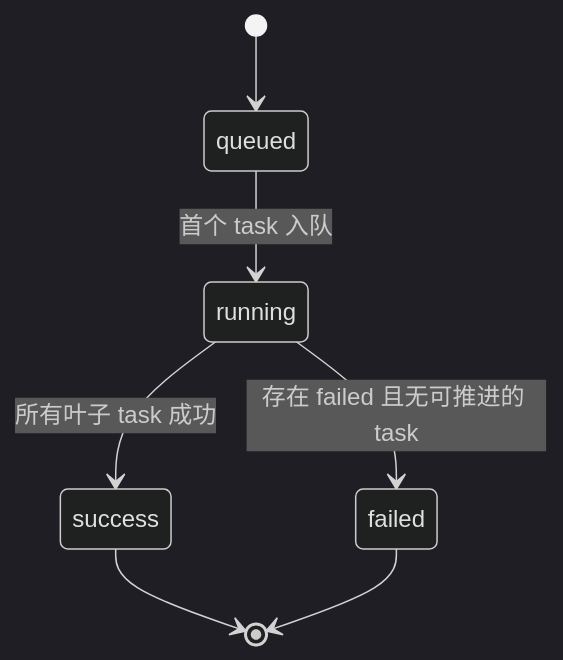
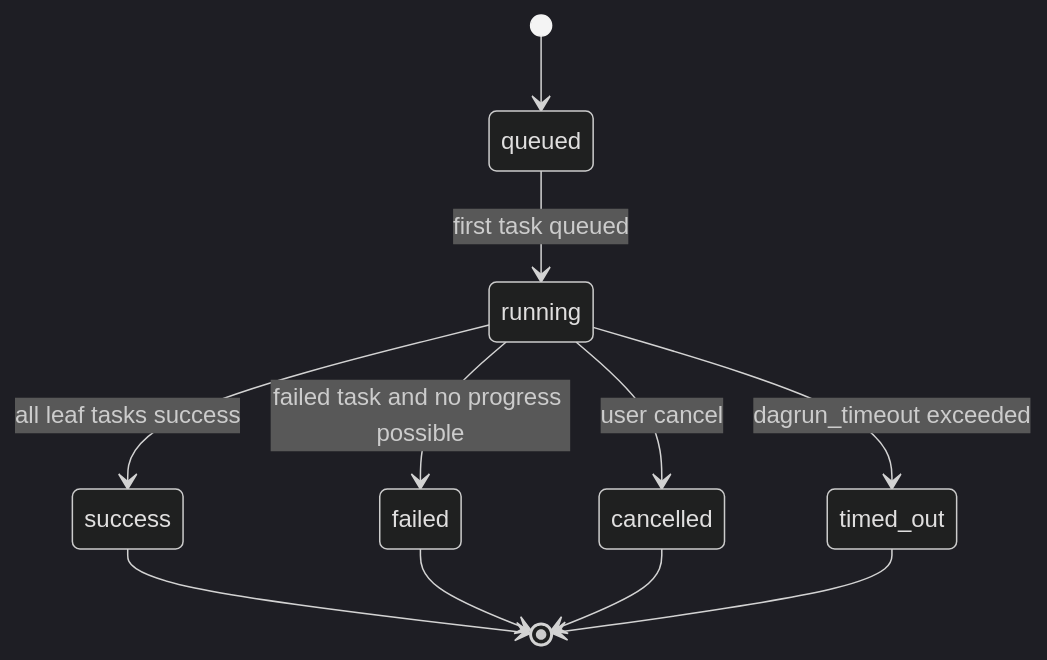
One commit to ako74programmer/poc-cronova-windows changed the fifth of 10 diagrams in docs/ARCHITECTURE.md. Above: the diagram before and after it, drawn with Mermaid (dark theme). The commit also changed other lines of this file and 10 other files, not shown here.

Commit message:
docs: rewrite ARCHITECTURE in English + Polish, sync embedded docs, add to KB and nav, remove Chinese UI refs

````diff
--- a/docs/ARCHITECTURE.md
+++ b/docs/ARCHITECTURE.md
@@ -398,9 +357,13 @@
 ```mermaid
 stateDiagram-v2
     [*] --> queued
-    queued --> running: 首个 task 入队
-    running --> success: 所有叶子 task 成功
-    running --> failed: 存在 failed 且无可推进的 task
+    queued --> running: first task queued
+    running --> success: all leaf tasks success
+    running --> failed: failed task and no progress possible
+    running --> cancelled: user cancel
+    running --> timed_out: dagrun_timeout exceeded
     success --> [*]
     failed --> [*]
+    cancelled --> [*]
+    timed_out --> [*]
 ```
````
